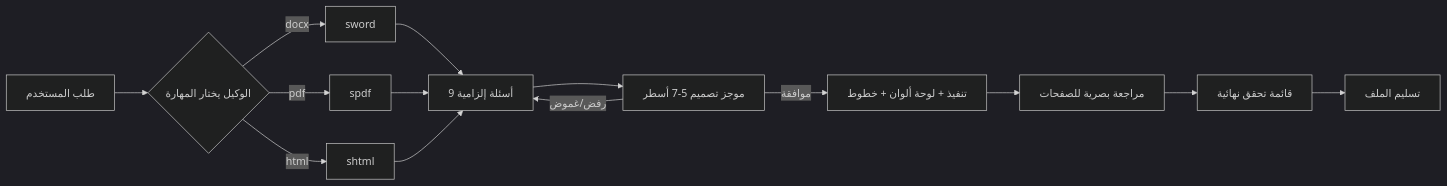
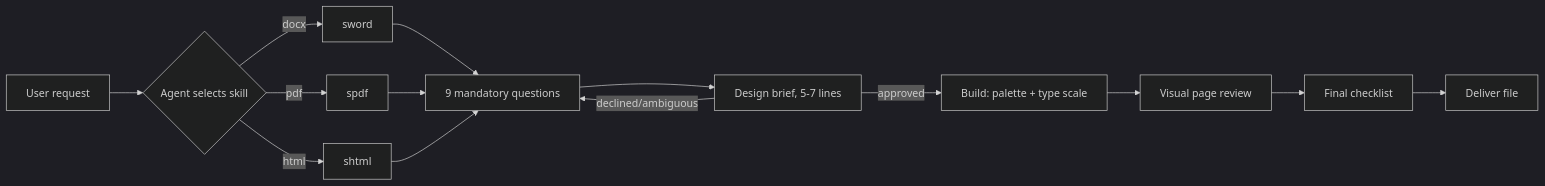
The diagram in README.md (abduallahJamal/opencode-design-skills), drawn with Mermaid (dark theme) before and after one commit. The commit also changed other lines of this file and 7 other files, not shown here.

````diff
--- a/README.md
+++ b/README.md
@@ -130,16 +129,16 @@
 ```mermaid
 flowchart LR
-    A[طلب المستخدم] --> B{الوكيل يختار المهارة}
+    A[User request] --> B{Agent selects skill}
     B -->|docx| S[sword]
     B -->|pdf| P[spdf]
     B -->|html| H[shtml]
-    S --> Q[9 أسئلة إلزامية]
+    S --> Q[9 mandatory questions]
     P --> Q
     H --> Q
-    Q --> R[موجز تصميم 5-7 أسطر]
-    R -->|موافقة| D[تنفيذ + لوحة ألوان + خطوط]
-    R -->|رفض/غموض| Q
-    D --> V[مراجعة بصرية للصفحات]
-    V --> C[قائمة تحقق نهائية]
-    C --> O[تسليم الملف]
+    Q --> R[Design brief, 5-7 lines]
+    R -->|approved| D[Build: palette + type scale]
+    R -->|declined/ambiguous| Q
+    D --> V[Visual page review]
+    V --> C[Final checklist]
+    C --> O[Deliver file]
 ```
````
